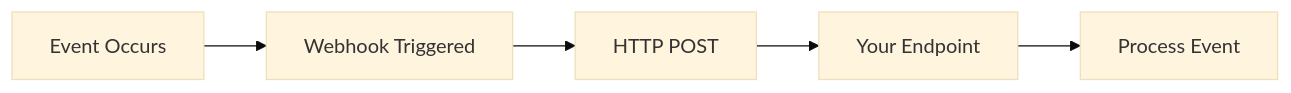
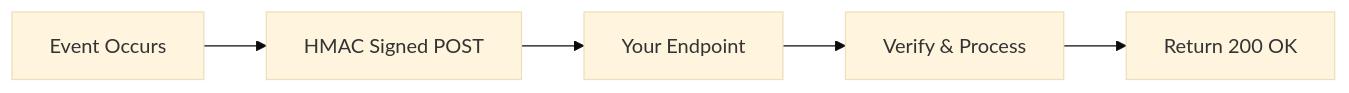
The diagram in api-features/webhooks-events.mdx (RequestNetwork/mintlify-docs), drawn with Mermaid (base theme) before and after one commit. The commit also changed other lines of this file and 5 other files, not shown here.

````diff
--- a/api-features/webhooks-events.mdx
+++ b/api-features/webhooks-events.mdx
@@ -24,7 +40,7 @@
 ```mermaid
 graph LR
-    A[Event Occurs] --> B[Webhook Triggered]
-    B --> C[HTTP POST]
-    C --> D[Your Endpoint]
-    D --> E[Process Event]
+    A[Event Occurs] --> B[HMAC Signed POST]
+    B --> C[Your Endpoint]
+    C --> D[Verify & Process]
+    D --> E[Return 200 OK]
 ```
````
